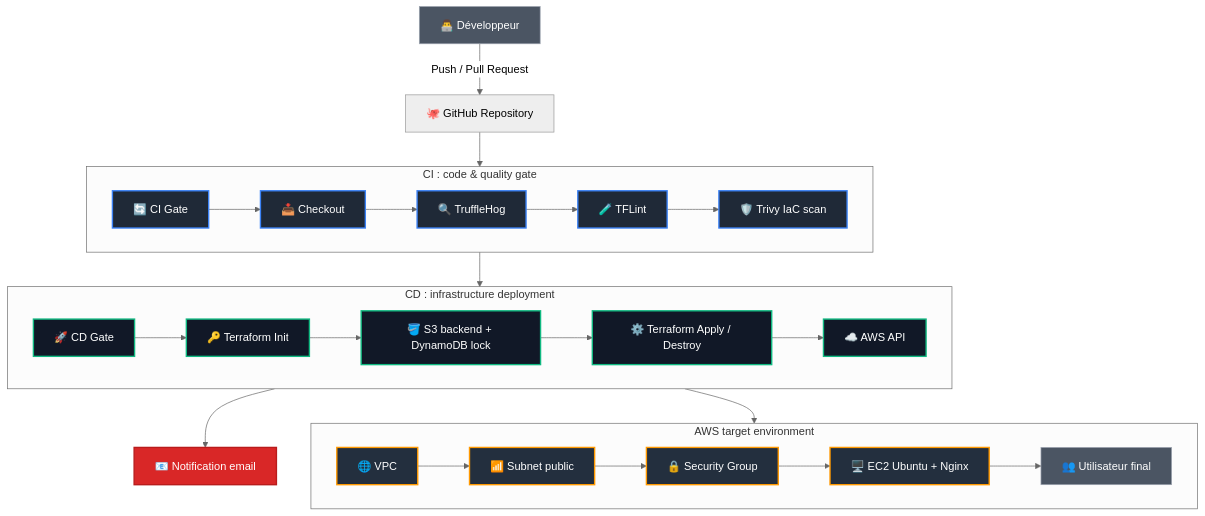
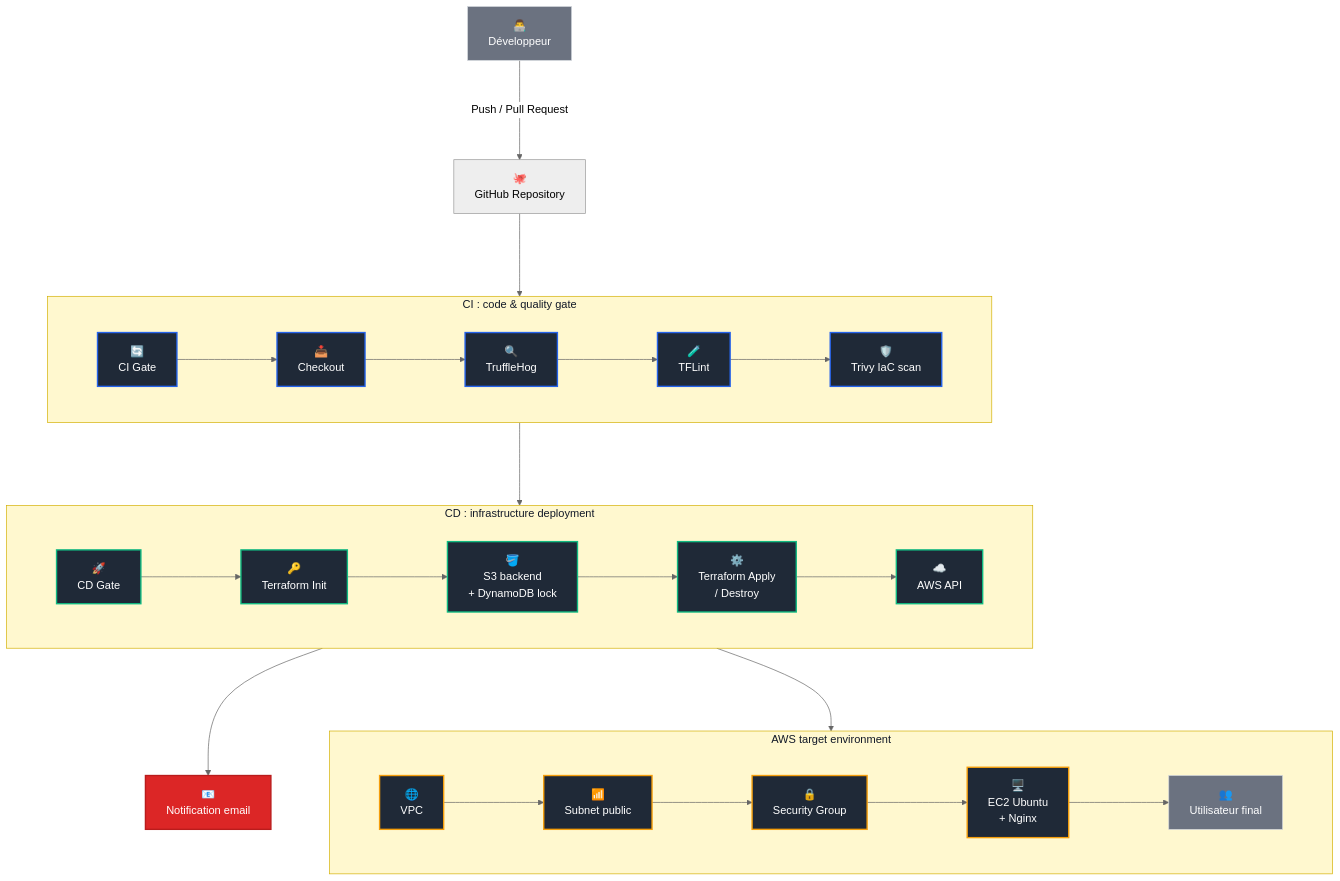
One commit to mawed44/terraform_aws changed the diagram in README.md. Above: the diagram before and after it, drawn with Mermaid (neutral theme).

````diff
--- a/README.md
+++ b/README.md
@@ -52,38 +52,43 @@
 ```mermaid
+%%{init: {"flowchart": {"nodeSpacing": 85, "rankSpacing": 120, "curve": "basis"}}}%%
 flowchart TB
-    Dev[👨‍💻 Développeur] -->|Push / Pull Request| GH[🐙 GitHub Repository]
+    Dev[👨‍💻<br/>Développeur] -->|Push / Pull Request| GH[🐙<br/>GitHub Repository]
     GH --> CI0
 
     subgraph CI["CI : code & quality gate"]
         direction LR
-        CI0[🔄 CI Gate] --> CI1[📥 Checkout] --> CI2[🔍 TruffleHog] --> CI3[🧪 TFLint] --> CI4[🛡️ Trivy IaC scan]
+        CI0[🔄<br/>CI Gate] --> CI1[📥<br/>Checkout] --> CI2[🔍<br/>TruffleHog] --> CI3[🧪<br/>TFLint] --> CI4[🛡️<br/>Trivy IaC scan]
     end
 
     CI4 --> CD0
 
     subgraph CD["CD : infrastructure deployment"]
         direction LR
-        CD0[🚀 CD Gate] --> CD1[🔑 Terraform Init] --> CD2[🪣 S3 backend + DynamoDB lock] --> CD3[⚙️ Terraform Apply / Destroy] --> CD4[☁️ AWS API]
+        CD0[🚀<br/>CD Gate] --> CD1[🔑<br/>Terraform Init] --> CD2[🪣<br/>S3 backend<br/>+ DynamoDB lock] --> CD3[⚙️<br/>Terraform Apply<br/>/ Destroy] --> CD4[☁️<br/>AWS API]
     end
 
     CD4 --> AWS0
 
     subgraph AWS["AWS target environment"]
         direction LR
-        AWS0[🌐 VPC] --> AWS1[📶 Subnet public] --> AWS2[🔒 Security Group] --> AWS3[🖥️ EC2 Ubuntu + Nginx] --> User[👥 Utilisateur final]
+        AWS0[🌐<br/>VPC] --> AWS1[📶<br/>Subnet public] --> AWS2[🔒<br/>Security Group] --> AWS3[🖥️<br/>EC2 Ubuntu<br/>+ Nginx] --> User[👥<br/>Utilisateur final]
     end
 
-    CD3 --> Mail[📧 Notification email]
+    CD3 --> Mail[📧<br/>Notification email]
 
-    classDef ciStyle fill:#1f2937,stroke:#3b82f6,stroke-width:2px,color:#fff;
-    classDef cdStyle fill:#111827,stroke:#10b981,stroke-width:2px,color:#fff;
-    classDef awsStyle fill:#232f3e,stroke:#ff9900,stroke-width:2px,color:#fff;
-    classDef devStyle fill:#4b5563,stroke:#9ca3af,stroke-width:1px,color:#fff;
-    classDef mailStyle fill:#d92727,stroke:#b91c1c,stroke-width:2px,color:#fff;
+    style CI fill:#fff8cf,stroke:#d4b106,stroke-width:1px,color:#111827
+    style CD fill:#fff8cf,stroke:#d4b106,stroke-width:1px,color:#111827
+    style AWS fill:#fff8cf,stroke:#d4b106,stroke-width:1px,color:#111827
+
+    classDef ciStyle fill:#1f2937,stroke:#2563eb,stroke-width:2px,color:#fff;
+    classDef cdStyle fill:#1f2937,stroke:#10b981,stroke-width:2px,color:#fff;
+    classDef awsStyle fill:#1f2937,stroke:#f59e0b,stroke-width:2px,color:#fff;
+    classDef devStyle fill:#6b7280,stroke:#d1d5db,stroke-width:1px,color:#fff;
+    classDef mailStyle fill:#dc2626,stroke:#b91c1c,stroke-width:2px,color:#fff;
 
     class Dev,User devStyle;
     class CI0,CI1,CI2,CI3,CI4 ciStyle;
     class CD0,CD1,CD2,CD3,CD4 cdStyle;
     class AWS0,AWS1,AWS2,AWS3 awsStyle;
     class Mail mailStyle;
 ```
````
